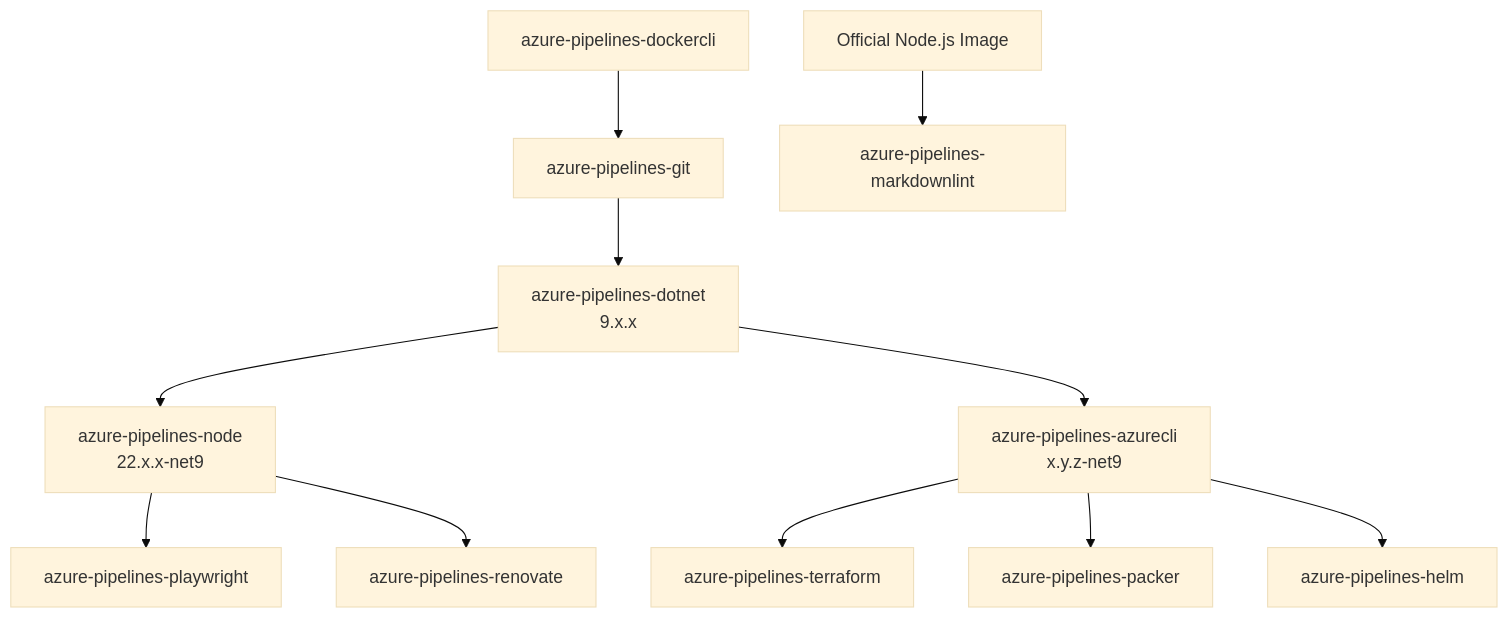
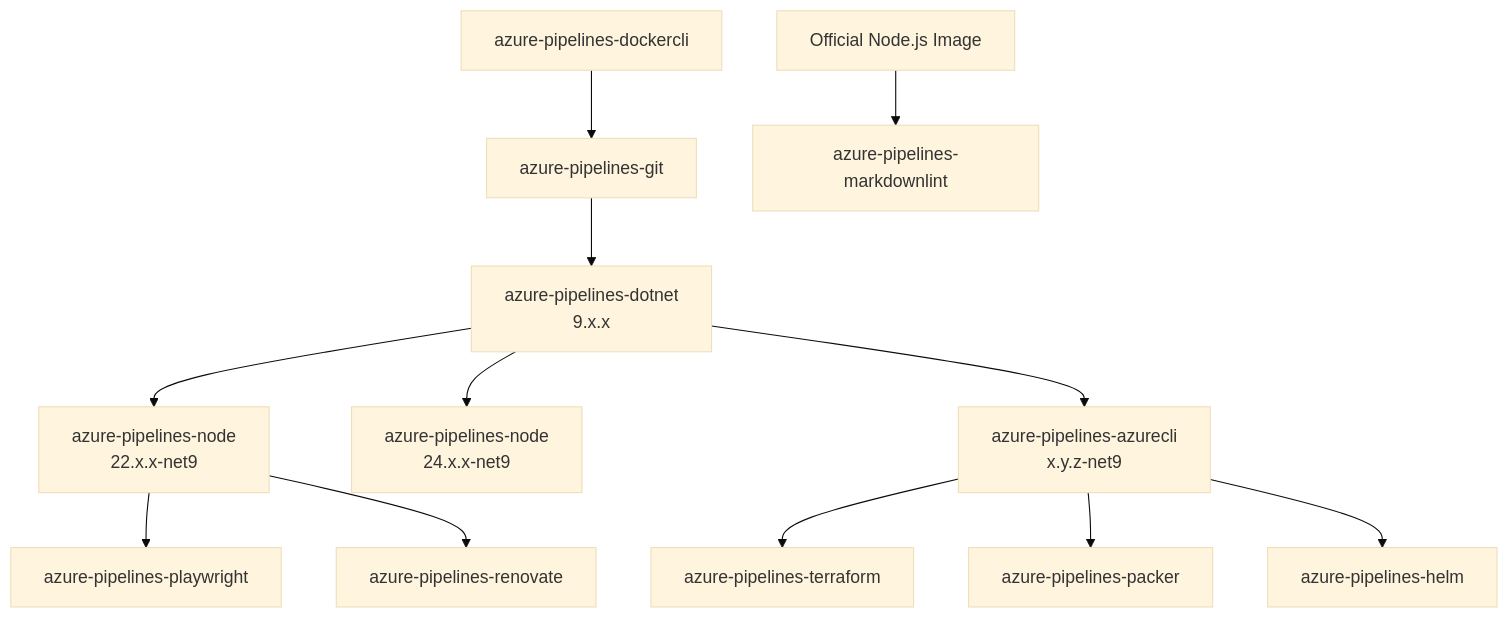
Before and after one commit to swissgrc/.github: the diagram in profile/README.md, drawn with Mermaid (base theme). The commit also changed other lines of this file, not shown here.

Commit message:
Add Node.js 24 with .NET 9 to README (#332)

````diff
--- a/profile/README.md
+++ b/profile/README.md
@@ -22,56 +23,59 @@
 ```mermaid
 graph TB
     docker[azure-pipelines-dockercli]
     click docker "https://github.com/swissgrc/docker-azure-pipelines-dockercli"
 
     git[azure-pipelines-git]
     click git "https://github.com/swissgrc/docker-azure-pipelines-git"
 
     dotnet9[azure-pipelines-dotnet<br>9.x.x]
     click dotnet9 "https://github.com/swissgrc/docker-azure-pipelines-dotnet-9"
 
     node22_9[azure-pipelines-node<br>22.x.x-net9]
     click node22_9 "https://github.com/swissgrc/docker-azure-pipelines-node22-net9"
+    node24_9[azure-pipelines-node<br>24.x.x-net9]
+    click node24_9 "https://github.com/swissgrc/docker-azure-pipelines-node24-net9"
 
     az9[azure-pipelines-azurecli<br>x.y.z-net9]
     click az9 "https://github.com/swissgrc/docker-azure-pipelines-azurecli-net9"
 
     terraform[azure-pipelines-terraform]
     click terraform "https://github.com/swissgrc/docker-azure-pipelines-terraform"
     packer[azure-pipelines-packer]
     click packer "https://github.com/swissgrc/docker-azure-pipelines-packer"
     helm[azure-pipelines-helm]
     click helm "https://github.com/swissgrc/docker-azure-pipelines-helm"
 
     playwright[azure-pipelines-playwright]
     click playwright "https://github.com/swissgrc/docker-azure-pipelines-playwright"
 
     markdownlint[azure-pipelines-markdownlint]
     click markdownlint "https://github.com/swissgrc/docker-azure-pipelines-markdownlint"
 
     renovate[azure-pipelines-renovate]
     click renovate "https://github.com/swissgrc/docker-azure-pipelines-renovate"
 
     %% External Images
     nodejs[Official Node.js Image]
     click nodejs "https://hub.docker.com/_/node"
 
     %% Inheritance relationships (top-down)
     docker --> git
 
     git --> dotnet9
 
     dotnet9 --> node22_9
+    dotnet9 --> node24_9
 
     dotnet9 --> az9
 
     az9 --> terraform
     az9 --> packer
     az9 --> helm
 
     node22_9 --> playwright
 
     nodejs --> markdownlint
 
     node22_9 --> renovate
 ```
````
